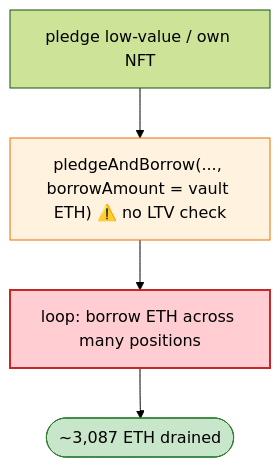
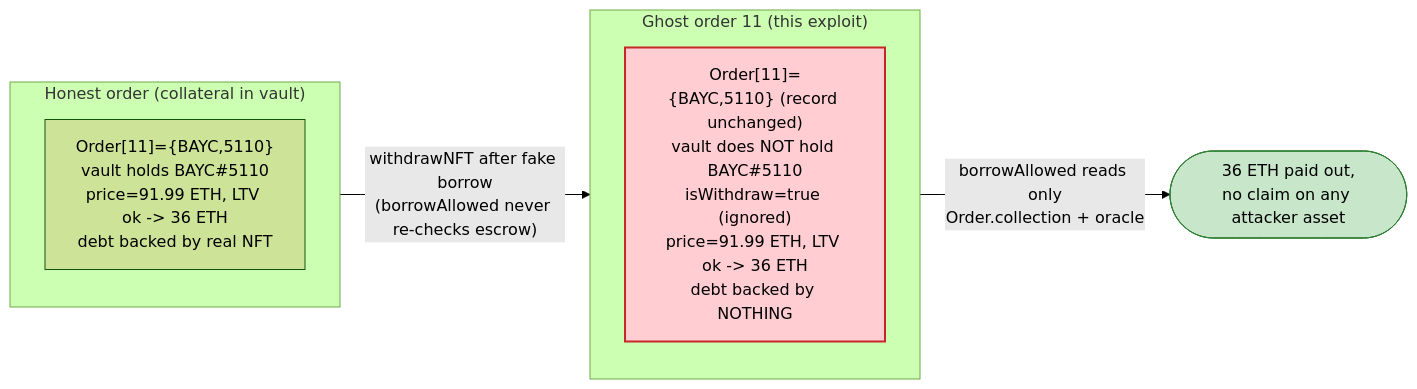
One commit to sanbir/evm-hack-registry changed the fourth of 4 diagrams in 2022-06-XCarnival_exp/XCarnival_exp.md. Above: the diagram before and after it, drawn with Mermaid (forest theme). The commit also changed other lines of this file and 52 other files, not shown here.

````diff
--- a/2022-06-XCarnival_exp/XCarnival_exp.md
+++ b/2022-06-XCarnival_exp/XCarnival_exp.md
@@ -44,10 +373,14 @@
 ```mermaid
-flowchart TD
-    P["pledge low-value / own NFT"] --> B["pledgeAndBorrow(..., borrowAmount = vault ETH) ⚠️ no LTV check"]
-    B --> L["loop: borrow ETH across many positions"]
-    L --> OUT(["~3,087 ETH drained"])
+flowchart LR
+    subgraph Honest["Honest order (collateral in vault)"]
+        H["Order[11]={BAYC,5110}<br/>vault holds BAYC#5110<br/>price=91.99 ETH, LTV ok -> 36 ETH<br/>debt backed by real NFT"]
+    end
+    subgraph Ghost["Ghost order 11 (this exploit)"]
+        G["Order[11]={BAYC,5110} (record unchanged)<br/>vault does NOT hold BAYC#5110<br/>isWithdraw=true (ignored)<br/>price=91.99 ETH, LTV ok -> 36 ETH<br/>debt backed by NOTHING"]
+    end
+    Honest -->|"withdrawNFT after fake borrow<br/>(borrowAllowed never re-checks escrow)"| Ghost
+    Ghost -->|"borrowAllowed reads only<br/>Order.collection + oracle"| Drain(["36 ETH paid out,<br/>no claim on any attacker asset"])
 
-    style B fill:#fff3e0,stroke:#ef6c00
-    style L fill:#ffcdd2,stroke:#c62828,stroke-width:2px
-    style OUT fill:#c8e6c9,stroke:#2e7d32
+    style G fill:#ffcdd2,stroke:#c62828,stroke-width:2px
+    style Drain fill:#c8e6c9,stroke:#2e7d32
 ```
````
